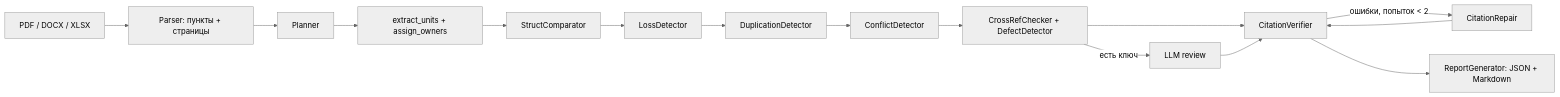
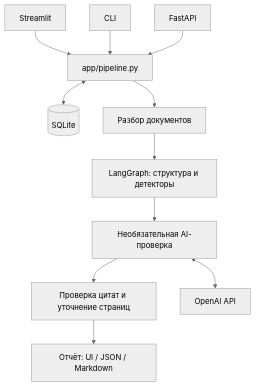
Before and after one commit to BAITC-Hacks/hack-afc57a68-soc-copilot: the diagram in README.md, drawn with Mermaid (neutral theme). The commit also changed other lines of this file and 2 other files, not shown here.

````diff
--- a/README.md
+++ b/README.md
@@ -62,17 +81,13 @@
 ```mermaid
-flowchart LR
-  U[PDF / DOCX / XLSX] --> P[Parser: пункты + страницы]
-  P --> PL[Planner]
-  PL --> S[extract_units + assign_owners]
-  S --> SC[StructComparator]
-  SC --> LD[LossDetector]
-  LD --> DD[DuplicationDetector]
-  DD --> CD[ConflictDetector]
-  CD --> XR[CrossRefChecker + DefectDetector]
-  XR -->|есть ключ| LLM[LLM review]
-  XR --> V[CitationVerifier]
-  LLM --> V
-  V -->|ошибки, попыток < 2| R[CitationRepair]
-  R --> V
-  V --> REP[ReportGenerator: JSON + Markdown]
+flowchart TD
+    UI[Streamlit] --> Pipeline[app/pipeline.py]
+    CLI[CLI] --> Pipeline
+    API[FastAPI] --> Pipeline
+    Pipeline <--> Cache[(SQLite)]
+    Pipeline --> Parse[Разбор документов]
+    Parse --> Graph[LangGraph: структура и детекторы]
+    Graph --> Review[Необязательная AI-проверка]
+    Review --> Verify[Проверка цитат и уточнение страниц]
+    Verify --> Report[Отчёт: UI / JSON / Markdown]
+    Review <--> OpenAI[OpenAI API]
 ```
````
